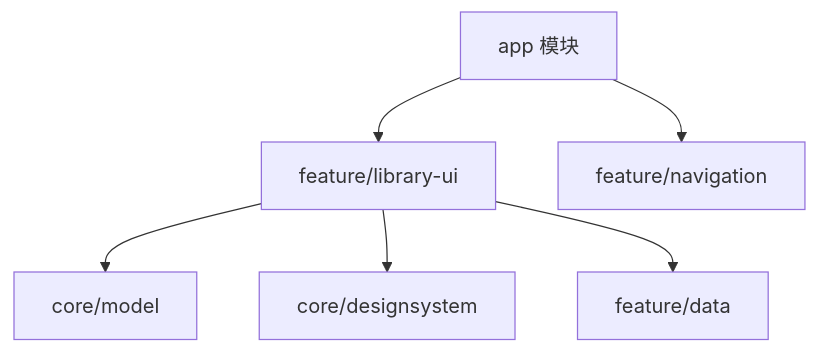
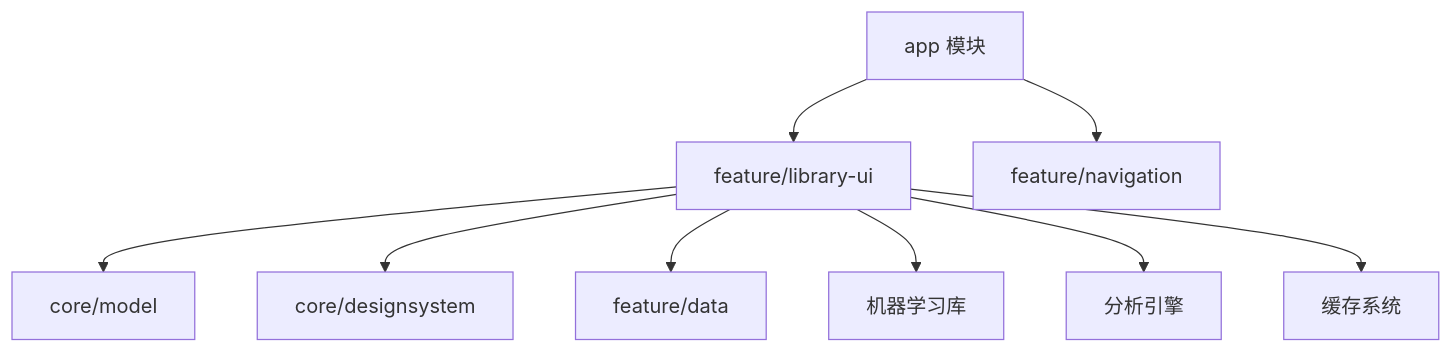
One commit to ysyhlly/Yukine-android changed diagram 11 of 11 in .qoder/repowiki/zh/content/架构设计/模块化设计/功能特性模块/音乐库界面模块 (feature_library-ui).md. Above: the diagram before and after it, drawn with Mermaid. The commit also changed other lines of this file and 158 other files, not shown here.

````diff
--- a/.qoder/repowiki/zh/content/架构设计/模块化设计/功能特性模块/音乐库界面模块 (feature_library-ui).md
+++ b/.qoder/repowiki/zh/content/架构设计/模块化设计/功能特性模块/音乐库界面模块 (feature_library-ui).md
@@ -381,8 +440,11 @@
 ```mermaid
 graph TB
 App["app 模块"] --> LibUI["feature/library-ui"]
 App --> Nav["feature/navigation"]
 LibUI --> CoreModel["core/model"]
 LibUI --> Design["core/designsystem"]
 LibUI --> Data["feature/data"]
+LibUI --> ML["机器学习库"]
+LibUI --> Analysis["分析引擎"]
+LibUI --> Cache["缓存系统"]
 ```
````
